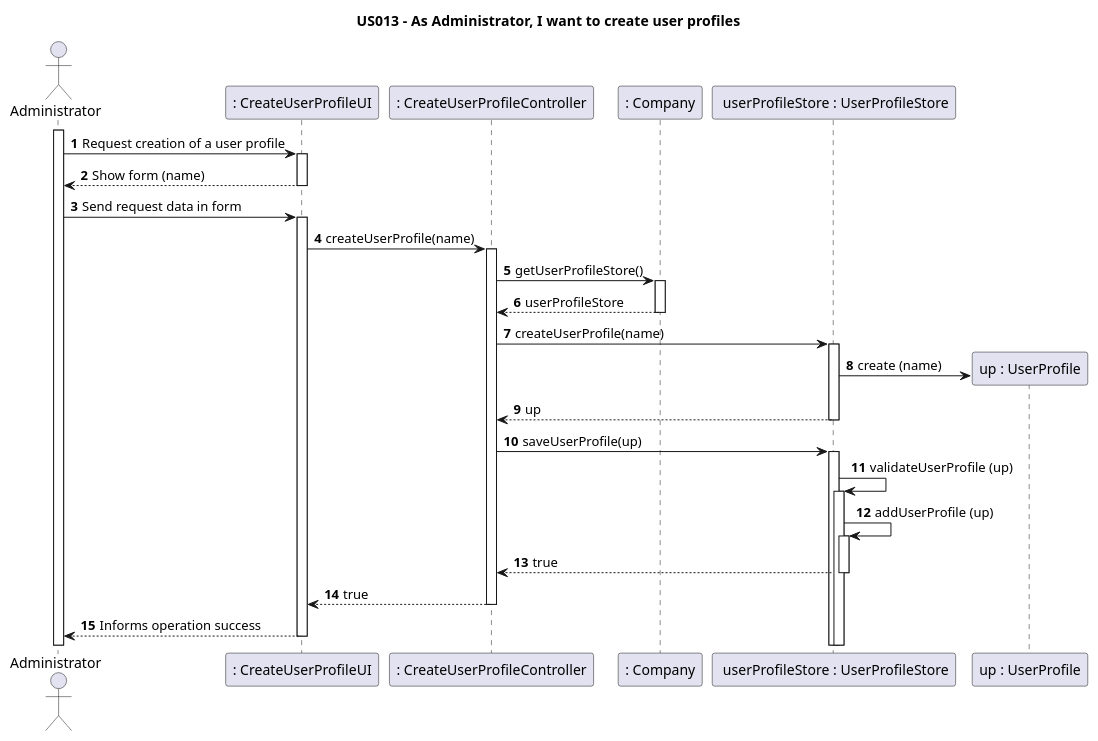
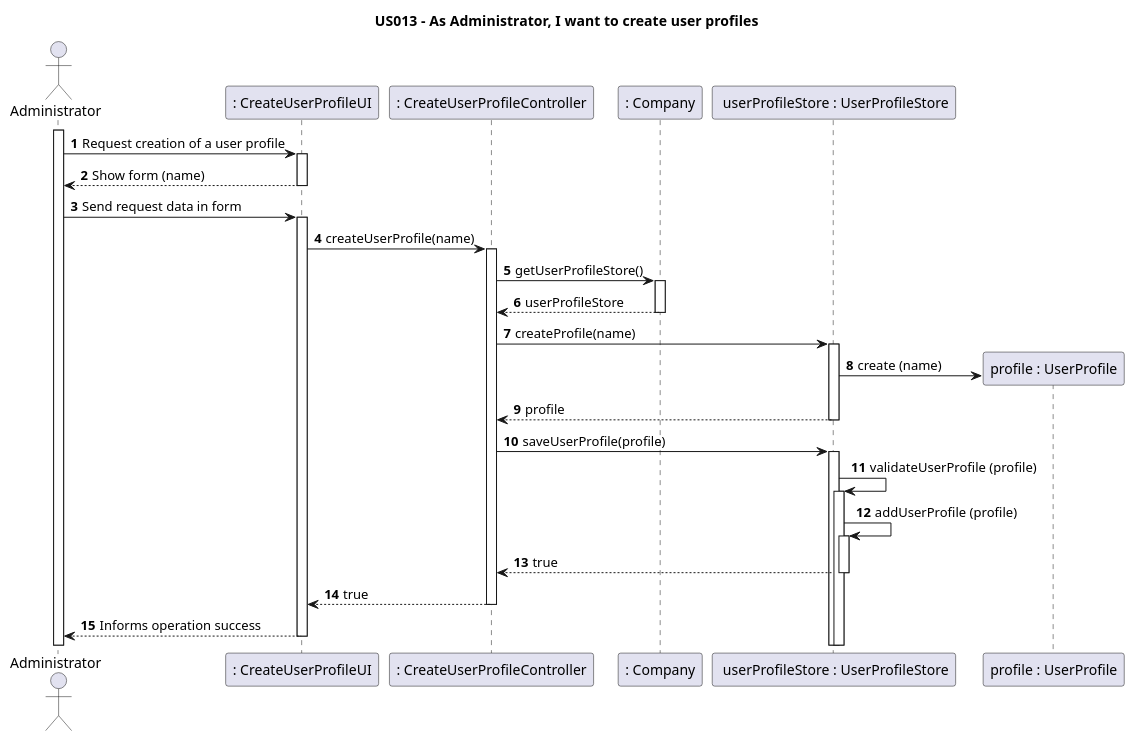
One commit to nunogon1211787/projectManagement changed the diagram in docs/Sprint1/US013/US13-SD.puml. Above: the diagram before and after it, drawn with PlantUML. The commit also changed 15 other files, not shown here.

```diff
--- a/docs/Sprint1/US013/US13-SD.puml
+++ b/docs/Sprint1/US013/US13-SD.puml
@@ -1,35 +1,35 @@
 @startuml
 'https://plantuml.com/sequence-diagram
 
 title US013 - As Administrator, I want to create user profiles
 
 autoactivate on
 autonumber
 
 actor "Administrator" as User
 participant ": CreateUserProfileUI" as System
 participant ": CreateUserProfileController" as Ctrl
 participant ": Company" as C1
 participant " userProfileStore : UserProfileStore" as C2
-participant "up : UserProfile" as C3
+participant "profile : UserProfile" as C3
 
 
 activate User
 
 User -> System: Request creation of a user profile
 System --> User: Show form (name)
 User -> System: Send request data in form
 System -> Ctrl: createUserProfile(name)
 Ctrl -> C1: getUserProfileStore()
 C1-->Ctrl: userProfileStore
-Ctrl-> C2 : createUserProfile(name)
+Ctrl-> C2 : createProfile(name)
 C2 -> C3 ** : create (name)
-C2-->Ctrl : up
-Ctrl->C2 : saveUserProfile(up)
-C2->C2 : validateUserProfile (up)
-C2->C2 : addUserProfile (up)
+C2-->Ctrl : profile
+Ctrl->C2 : saveUserProfile(profile)
+C2->C2 : validateUserProfile (profile)
+C2->C2 : addUserProfile (profile)
 C2--> Ctrl : true
 Ctrl--> System : true
 System--> User : Informs operation success
 
 @enduml
```
